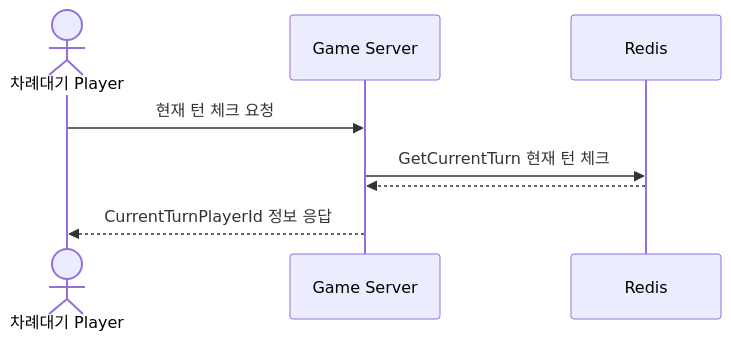
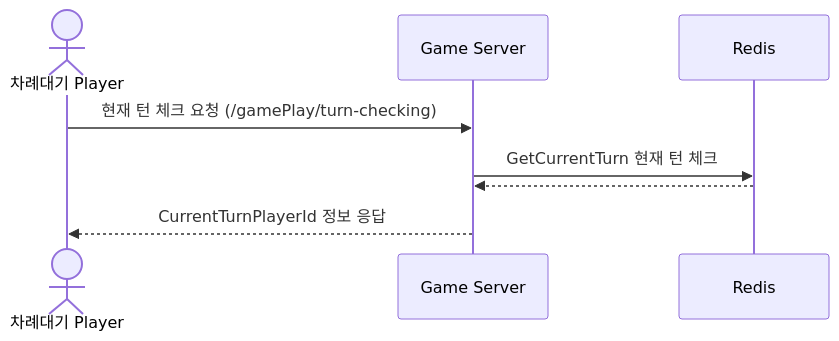
Before and after one commit to yujinS0/Omok-Game: the fourth of 4 diagrams in SequenceDiagram/GamePlay.md, drawn with Mermaid. The commit also changed other lines of this file, not shown here.

````diff
--- a/SequenceDiagram/GamePlay.md
+++ b/SequenceDiagram/GamePlay.md
@@ -98,12 +97,12 @@
 ```mermaid
 sequenceDiagram
 	actor P as 차례대기 Player
 	participant G as Game Server
   	participant R as Redis
 
-	P ->> G : 현재 턴 체크 요청
+	P ->> G : 현재 턴 체크 요청 (/gamePlay/turn-checking)
 	G ->> R : GetCurrentTurn 현재 턴 체크
   	R -->> G : 
   	G -->> P : CurrentTurnPlayerId 정보 응답
 
 ```
````
